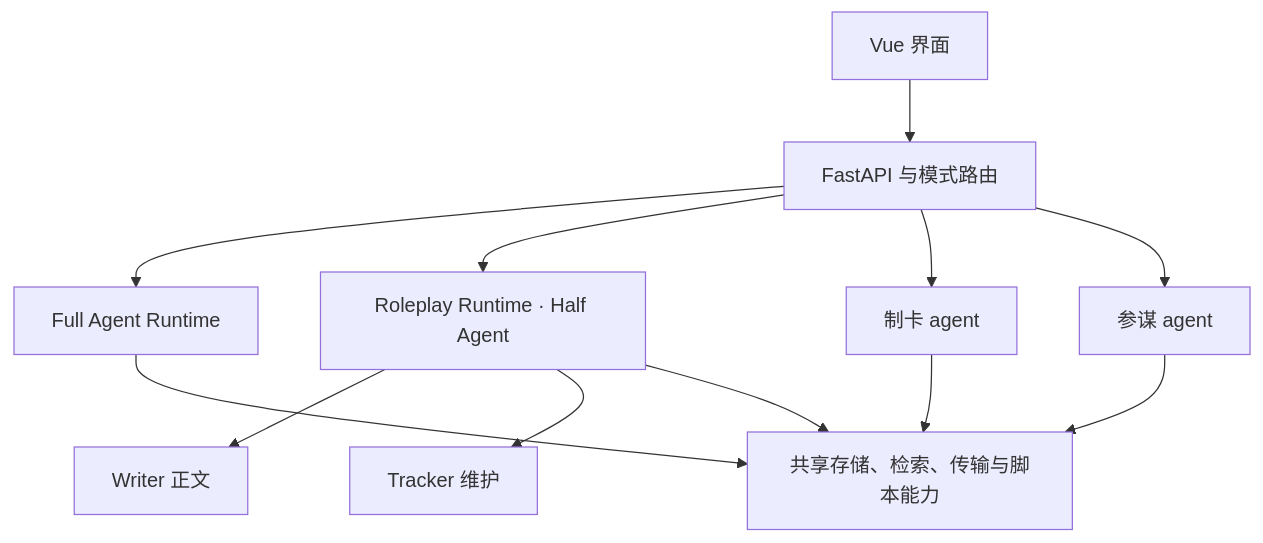
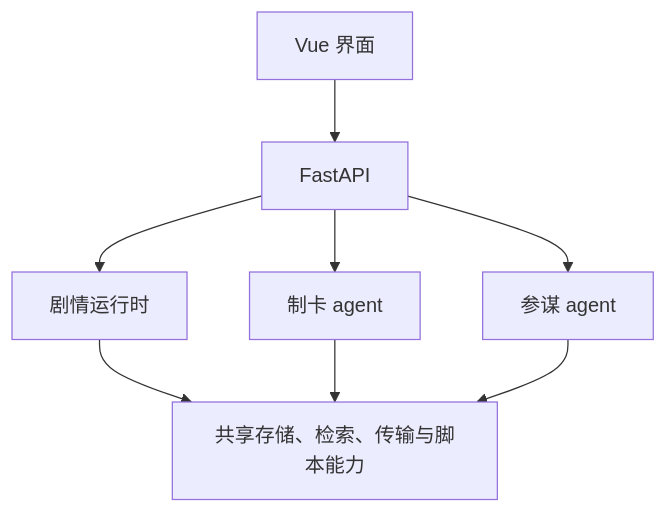
One commit to illuminatedworm/terrarium-tavern changed the diagram in docs/design/architecture.md. Above: the diagram before and after it, drawn with Mermaid. The commit also changed other lines of this file and 407 other files, not shown here.

````diff
--- a/docs/design/architecture.md
+++ b/docs/design/architecture.md
@@ -5,14 +5,10 @@
 ```mermaid
 flowchart TD
-    UI[Vue 界面] --> API[FastAPI 与模式路由]
-    API --> FULL[Full Agent Runtime]
-    API --> HALF[Roleplay Runtime · Half Agent]
+    UI[Vue 界面] --> API[FastAPI]
+    API --> STORY[剧情运行时]
     API --> EDIT[制卡 agent]
     API --> ADVISOR[参谋 agent]
-    HALF --> WRITER[Writer 正文]
-    HALF --> TRACKER[Tracker 维护]
-    HALF --> SHARED[共享存储、检索、传输与脚本能力]
-    FULL --> SHARED
+    STORY --> SHARED[共享存储、检索、传输与脚本能力]
     EDIT --> SHARED
     ADVISOR --> SHARED
 ```
````
